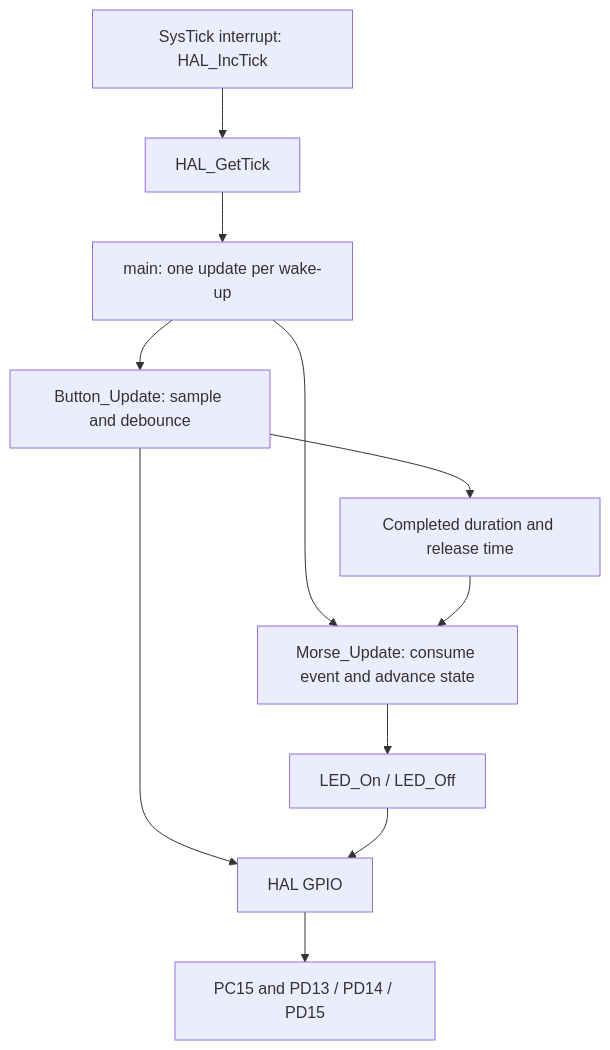
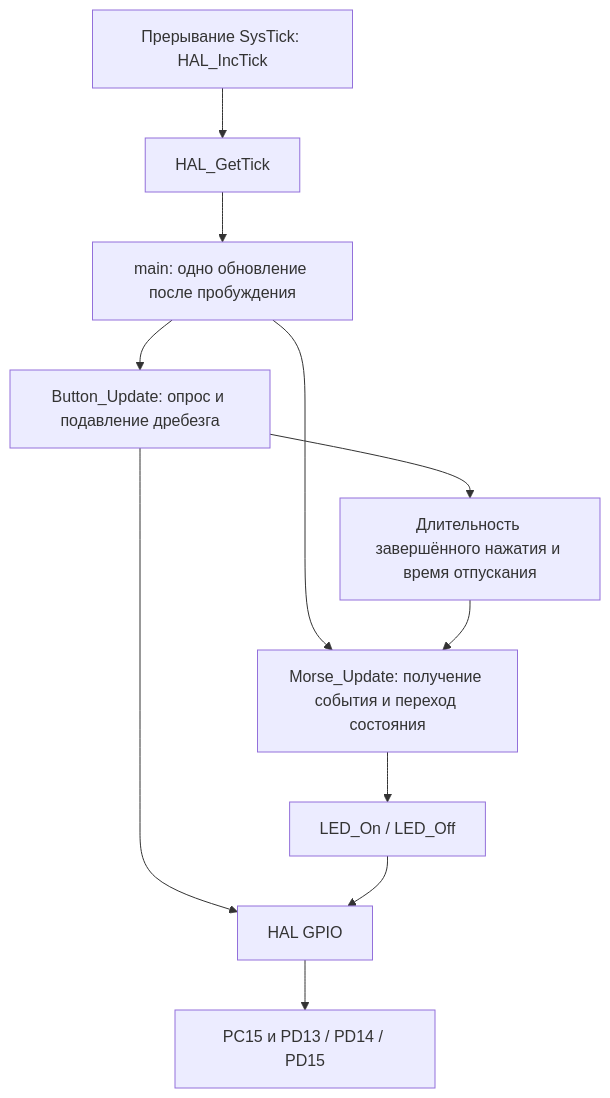
The first of 2 diagrams in docs/ARCHITECTURE.md (ren1kron/pvc-lab1), drawn with Mermaid before and after one commit. The commit also changed other lines of this file and 25 other files, not shown here.

````diff
--- a/docs/ARCHITECTURE.md
+++ b/docs/ARCHITECTURE.md
@@ -6,13 +7,13 @@
 ```mermaid
 flowchart TD
-  Tick[SysTick interrupt: HAL_IncTick] --> Time[HAL_GetTick]
-  Time --> Main[main: one update per wake-up]
-  Main --> Button[Button_Update: sample and debounce]
-  Main --> Morse[Morse_Update: consume event and advance state]
-  Button --> Event[Completed duration and release time]
+  Tick[Прерывание SysTick: HAL_IncTick] --> Time[HAL_GetTick]
+  Time --> Main[main: одно обновление после пробуждения]
+  Main --> Button[Button_Update: опрос и подавление дребезга]
+  Main --> Morse[Morse_Update: получение события и переход состояния]
+  Button --> Event[Длительность завершённого нажатия и время отпускания]
   Event --> Morse
   Morse --> LED[LED_On / LED_Off]
   Button --> HAL[HAL GPIO]
   LED --> HAL
-  HAL --> Board[PC15 and PD13 / PD14 / PD15]
+  HAL --> Board[PC15 и PD13 / PD14 / PD15]
 ```
````
